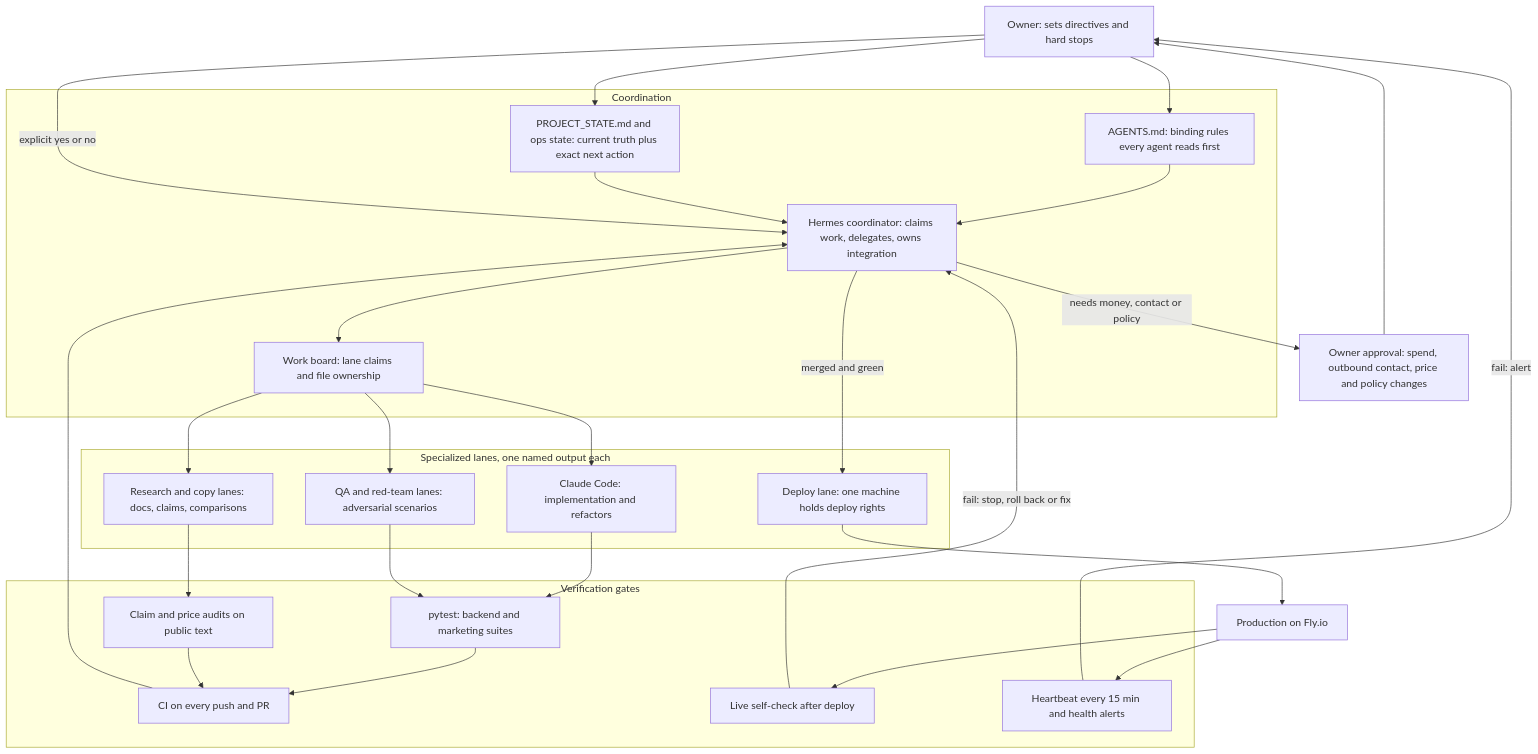
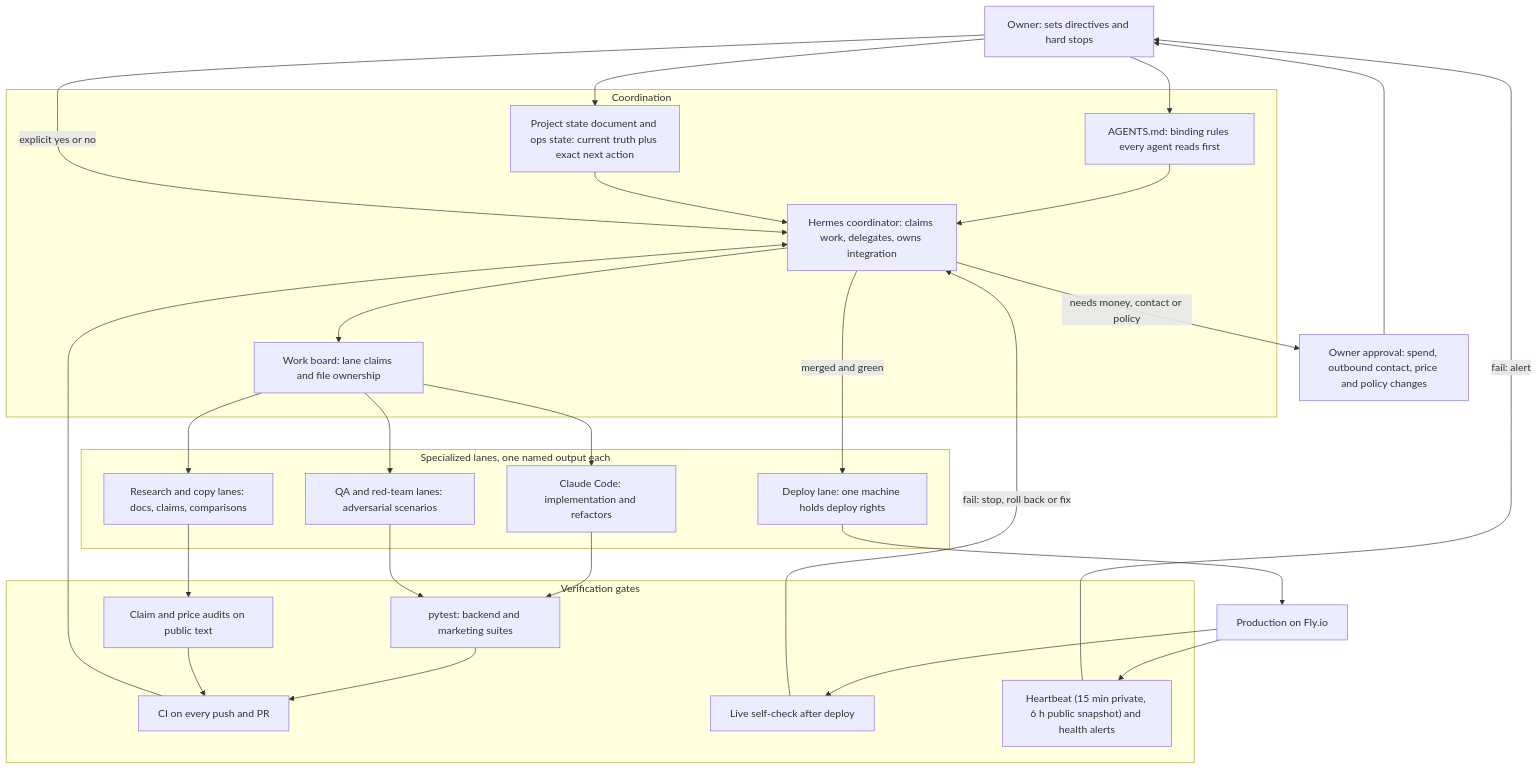
One commit to samiali38183/agent-engineering-lab changed the diagram in README.md. Above: the diagram before and after it, drawn with Mermaid. The commit also changed other lines of this file and 3 other files, not shown here.

Commit message:
Docs: correct claim-guard scope, Policy-only extra:forbid, heartbeat cadence; describe private files generically; add summary

````diff
--- a/README.md
+++ b/README.md
@@ -24,53 +26,53 @@
 ```mermaid
 flowchart TB
     owner["Owner: sets directives and hard stops"]
 
     subgraph control["Coordination"]
         rules["AGENTS.md: binding rules every agent reads first"]
-        state["PROJECT_STATE.md and ops state: current truth plus exact next action"]
+        state["Project state document and ops state: current truth plus exact next action"]
         coord["Hermes coordinator: claims work, delegates, owns integration"]
         board["Work board: lane claims and file ownership"]
     end
 
     subgraph lanes["Specialized lanes, one named output each"]
         impl["Claude Code: implementation and refactors"]
         qa["QA and red-team lanes: adversarial scenarios"]
         research["Research and copy lanes: docs, claims, comparisons"]
         deploy["Deploy lane: one machine holds deploy rights"]
     end
 
     subgraph gates["Verification gates"]
         pytest["pytest: backend and marketing suites"]
         audit["Claim and price audits on public text"]
         ci["CI on every push and PR"]
         selfcheck["Live self-check after deploy"]
-        beat["Heartbeat every 15 min and health alerts"]
+        beat["Heartbeat (15 min private, 6 h public snapshot) and health alerts"]
     end
 
     approve["Owner approval: spend, outbound contact, price and policy changes"]
     prod["Production on Fly.io"]
 
     owner --> rules
     owner --> state
     rules --> coord
     state --> coord
     coord --> board
     board --> impl
     board --> qa
     board --> research
     impl --> pytest
     qa --> pytest
     research --> audit
     pytest --> ci
     audit --> ci
     ci --> coord
     coord -->|"merged and green"| deploy
     deploy --> prod
     prod --> selfcheck
     prod --> beat
     selfcheck -->|"fail: stop, roll back or fix"| coord
     beat -->|"fail: alert"| owner
     coord -->|"needs money, contact or policy"| approve
     approve --> owner
     owner -->|"explicit yes or no"| coord
 ```
````
